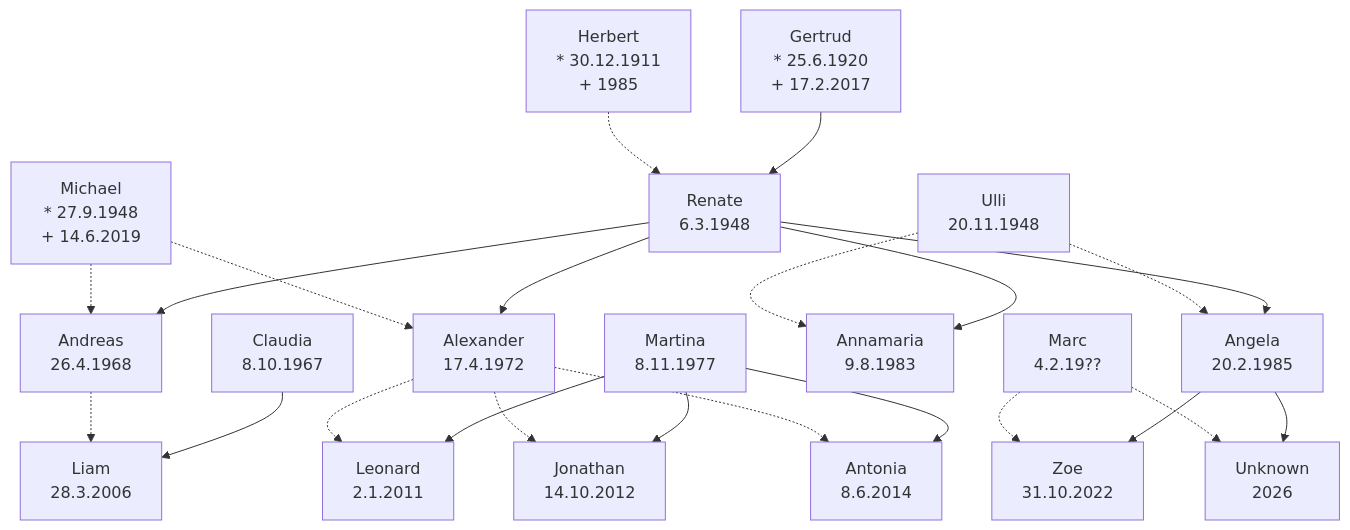
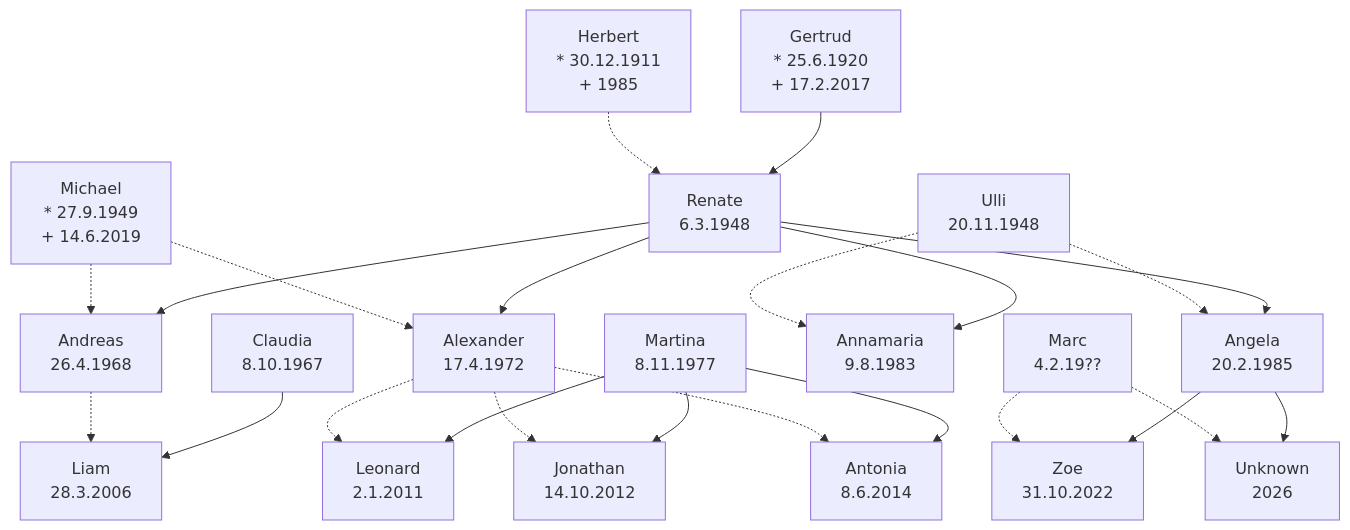
The first of 2 diagrams in ahnen.md (adorn4711/hello-world), drawn with Mermaid before and after one commit. The commit also changed other lines of this file, not shown here.

Commit message:
Geburtstag Michael

````diff
--- a/ahnen.md
+++ b/ahnen.md
@@ -5,59 +5,59 @@
 ```mermaid
 graph TD
 
     Andreas[Andreas <br>26.4.1968]
     Alexander[Alexander <br>17.4.1972]
     Claudia[Claudia <br>8.10.1967]
     Renate[Renate <br>6.3.1948]
     Ulli[Ulli <br>20.11.1948]
-    Michael[Michael<br>* 27.9.1948<br>+ 14.6.2019]
+    Michael[Michael<br>* 27.9.1949<br>+ 14.6.2019]
     Herbert[Herbert<br>* 30.12.1911<br>+ 1985]
     Gertrud[Gertrud<br>* 25.6.1920<br>+ 17.2.2017]
     Liam[Liam<br>28.3.2006]
     Antonia[Antonia<br>8.6.2014]
     Leonard[Leonard<br>2.1.2011]
     Jonathan[Jonathan<br>14.10.2012]
     Zoe[Zoe<br>31.10.2022]
     Unknown[Unknown<br>2026]
     Angela[Angela<br>20.2.1985]
     Annamaria[Annamaria<br>9.8.1983]
     Martina[Martina<br>8.11.1977]
     Marc[Marc<br>4.2.19??]
 
     
 
     %% Generation 1 (Parents of Renate)
     Herbert -.-> Renate
     Gertrud --> Renate
 
     %% Generation 2 (Parents of Andreas, Alexander, Anna-Maria, Angela)
     Michael -.-> Andreas
     Renate --> Andreas
     Michael -.-> Alexander
     Renate --> Alexander
     Ulli -.-> Annamaria
     Renate --> Annamaria
     Ulli -.-> Angela
     Renate --> Angela
 
     %% Generation 3 (Parents of Liam, Leonard, Jonathan, Antonia, Zoe, Unknown)
     Andreas -.-> Liam
     Claudia --> Liam
     Alexander -.-> Leonard
     Martina --> Leonard
     Alexander -.-> Jonathan
     Martina --> Jonathan
     Alexander -.-> Antonia
     Martina --> Antonia
     Marc -.-> Zoe
     Angela --> Zoe
     Marc -.-> Unknown
     Angela --> Unknown
 
     %% Optional: Styling for clarity (not %%strictly necessary but can improve %%readability)
     %%classDef fatherLink stroke-dasharray: 5 5;
     %%classDef motherLink stroke-dasharray: 0;
 
     %%linkStyle 0,2,4,6,8,10,12,14,16,18,20 %%class fatherLink;
     %%linkStyle 1,3,5,7,9,11,13,15,17,19,21 %%class motherLink;
 ```    
````
